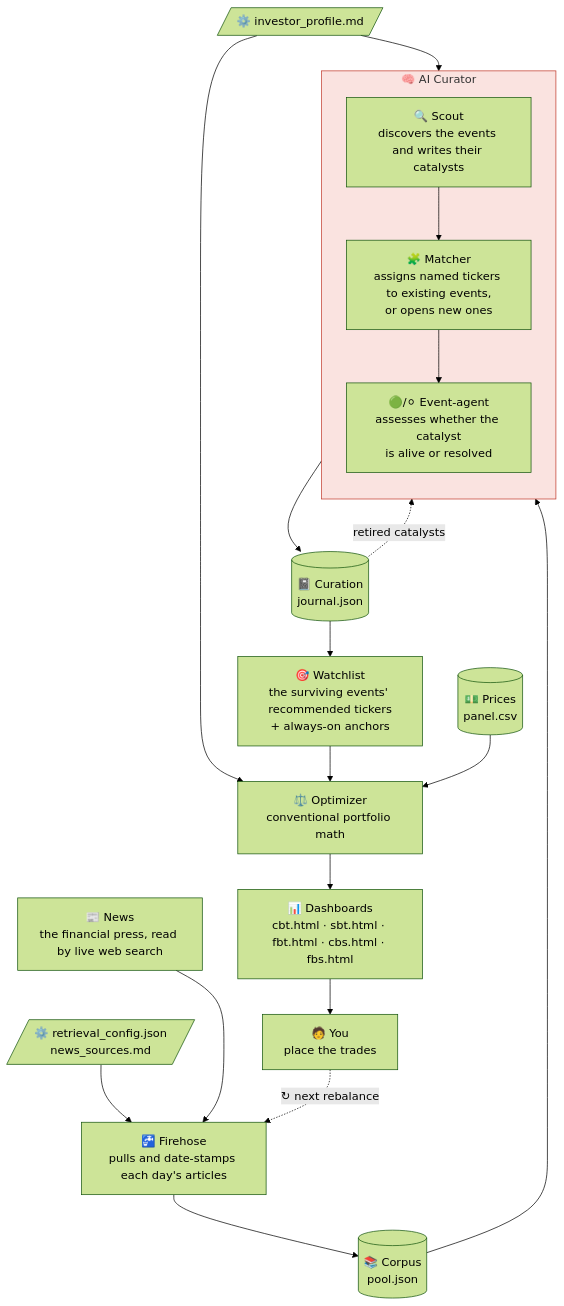
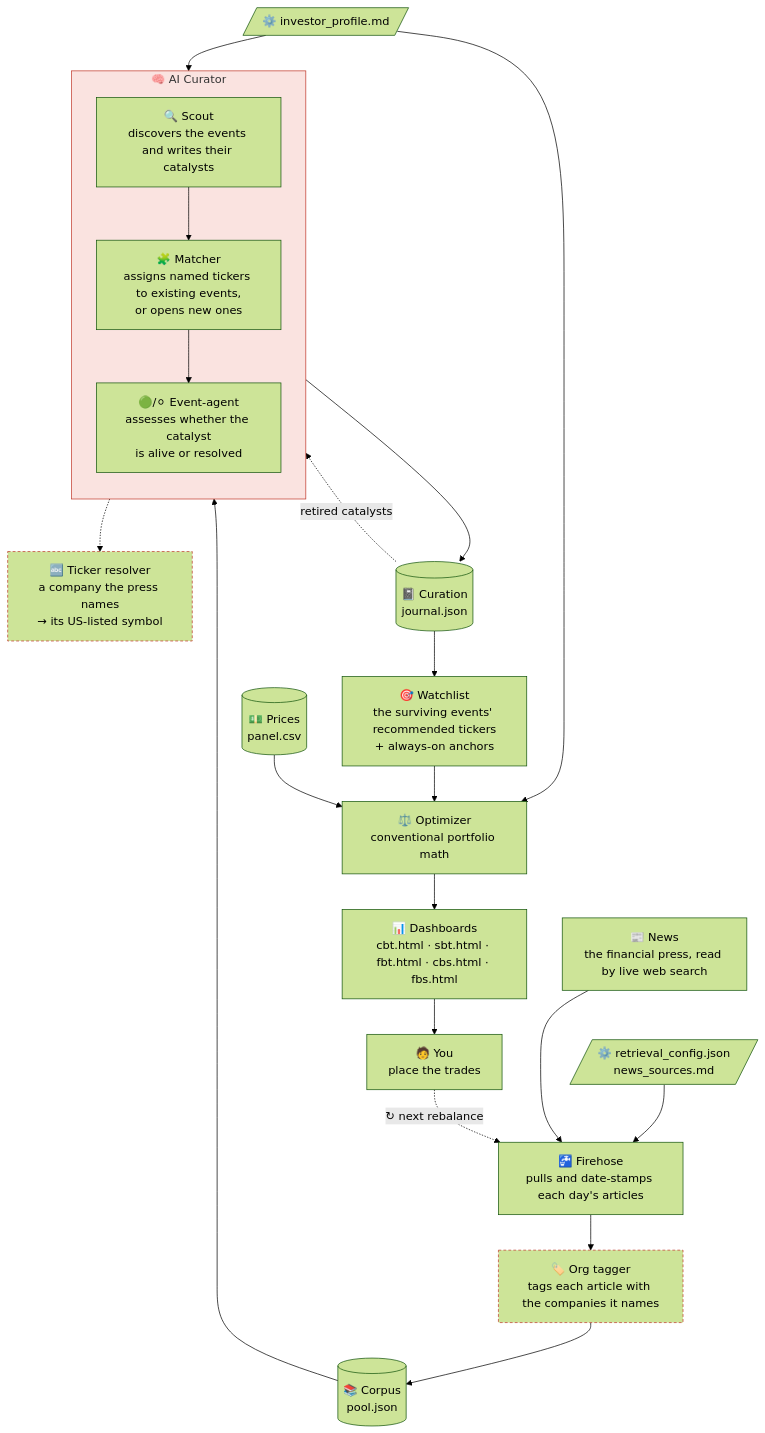
The diagram in README.md (joehahn/geo-herd-rider), drawn with Mermaid (forest theme) before and after one commit. The commit also changed other lines of this file, not shown here.

Commit message:
Put the two narrow lookups on the diagram they are described against
The prose claimed everything outside the curator box is deterministic
Python "apart from two narrow lookups", but neither was drawn: the org
tagger runs on the Firehose -> Corpus edge, and the ticker resolver on
scout output. A reader had nothing to check the claim against.

Both go in dashed, so they read as LLM calls that decide nothing about
the portfolio rather than as pipeline stages.

Claude-Session: https://claude.ai/code/session_0124KDYUcFYPfSCds3YUFieg

````diff
--- a/README.md
+++ b/README.md
@@ -31,36 +31,42 @@
 ```mermaid
 flowchart TD
     N["📰 News<br/>the financial press, read by live web search"]
     CFG[/"⚙️ retrieval_config.json<br/>news_sources.md"/]
     N ~~~ CFG
     CFG --> FH
     N --> FH
     FH["🚰 Firehose<br/>pulls and date-stamps each day's articles"]
-    FH --> POOL[("📚 Corpus<br/>pool.json")]
+    FH --> TAG["🏷️ Org tagger<br/>tags each article with the companies it names"]
+    TAG --> POOL[("📚 Corpus<br/>pool.json")]
     POOL --> SC
 
     subgraph CUR["🧠 AI Curator"]
       direction TB
       SC["🔍 Scout<br/>discovers the events and writes their catalysts"]
       MA["🧩 Matcher<br/>assigns named tickers to existing events,<br/>or opens new ones"]
       AG["🟢/⚪ Event-agent<br/>assesses whether the catalyst<br/>is alive or resolved"]
       SC --> MA --> AG
     end
+
+    RES["🔤 Ticker resolver<br/>a company the press names<br/>&rarr; its US-listed symbol"]
+    SC -.-> RES
 
     PROF[/"⚙️ investor_profile.md"/]
     PROF --> SC
     PROF --> OPT
 
     AG --> J[("📓 Curation<br/>journal.json")]
     J -. "retired catalysts" .-> SC
     J --> WL
     WL["🎯 Watchlist<br/>the surviving events' recommended tickers<br/>+ always-on anchors"]
     WL --> OPT
     PX[("💵 Prices<br/>panel.csv")] --> OPT
     OPT["⚖️ Optimizer<br/>conventional portfolio math"]
     OPT --> D["📊 Dashboards<br/>cbt.html · sbt.html · fbt.html · cbs.html · fbs.html"]
     D --> U["🧑 You<br/>place the trades"]
     U -. "↻ next rebalance" .-> FH
 
     style CUR fill:#fae3e0,stroke:#c0392b
+    style TAG stroke:#c0392b,stroke-dasharray:4 3
+    style RES stroke:#c0392b,stroke-dasharray:4 3
 ```
````
